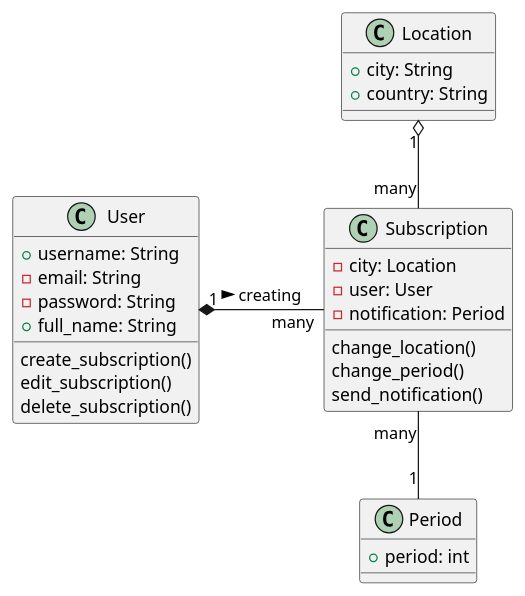
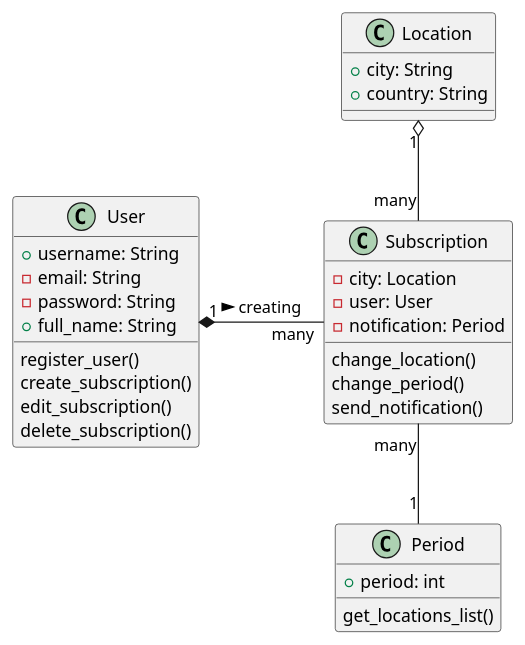
The diagram in WR.puml (Ihor-Prokopenko/weather-reminder), drawn with PlantUML before and after one commit. The commit also changed 1 other file, not shown here.

Commit message:
readme/uml update

```diff
--- a/WR.puml
+++ b/WR.puml
@@ -1,35 +1,40 @@
 @startuml
 
 class User {
     +username: String
     -email: String
     -password: String
     +full_name: String
+
+    register_user()
     create_subscription()
     edit_subscription()
     delete_subscription()
 }
 
 class Subscription {
     -city: Location
     -user: User
     -notification: Period
+
     change_location()
     change_period()
     send_notification()
 }
 
 class Location {
     +city: String
     +country: String
 }
 
 class Period {
     +period: int
+
+    get_locations_list()
 }
 
 User "1" *- "many" Subscription : creating >
 Subscription "many" -- "1" Period
 Location "1" o-- "many" Subscription
 
 @enduml
```
